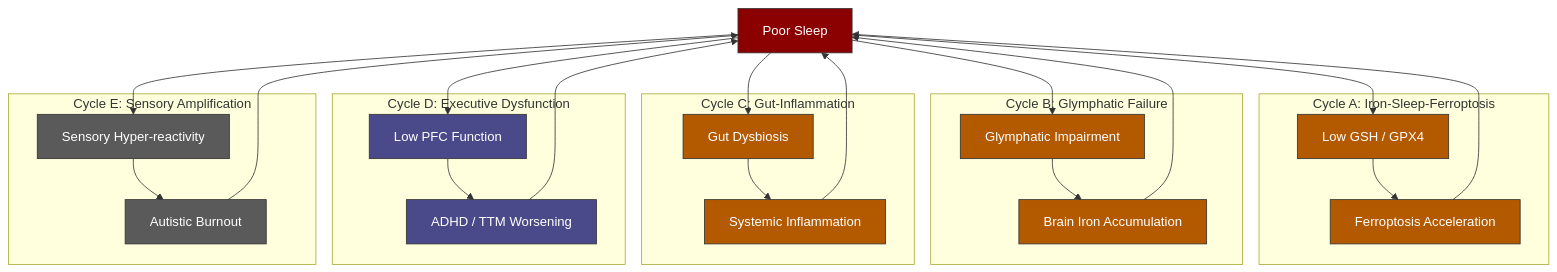
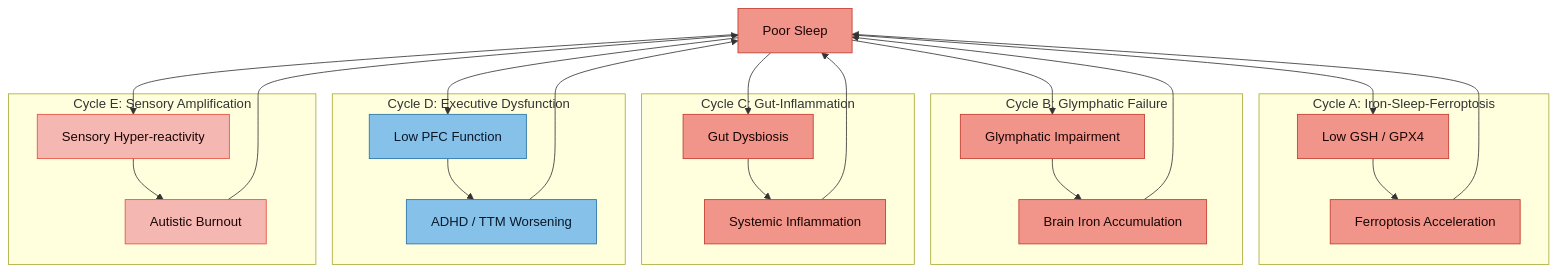
The diagram in research/Poor Sleep and AuDHD-HFE Interactions.md (Aegis-commits/ag-hfe-adhd-asd-research), drawn with Mermaid before and after one commit. The commit also changed 39 other files, not shown here.

First line of the commit message:
docs(vault): standardise diagram colours for light-mode readability, add MOC quick nav

````diff
--- a/research/Poor Sleep and AuDHD-HFE Interactions.md
+++ b/research/Poor Sleep and AuDHD-HFE Interactions.md
@@ -33,55 +33,55 @@
 ```mermaid
 flowchart TD
     SLEEP["Poor Sleep"]
 
     subgraph Cycle_A["Cycle A: Iron-Sleep-Ferroptosis"]
         FERR["Ferroptosis Acceleration"]
         GSH["Low GSH / GPX4"]
     end
 
     subgraph Cycle_B["Cycle B: Glymphatic Failure"]
         GLYMP["Glymphatic Impairment"]
         BRAIN_FE["Brain Iron Accumulation"]
     end
 
     subgraph Cycle_C["Cycle C: Gut-Inflammation"]
         GUT["Gut Dysbiosis"]
         INFLAM["Systemic Inflammation"]
     end
 
     subgraph Cycle_D["Cycle D: Executive Dysfunction"]
         EXEC["Low PFC Function"]
         ADHD_TTM["ADHD / TTM Worsening"]
     end
 
     subgraph Cycle_E["Cycle E: Sensory Amplification"]
         SENSORY["Sensory Hyper-reactivity"]
         BURNOUT["Autistic Burnout"]
     end
 
     SLEEP --> GSH --> FERR
     FERR --> SLEEP
 
     SLEEP --> GLYMP --> BRAIN_FE
     BRAIN_FE --> SLEEP
 
     SLEEP --> GUT --> INFLAM
     INFLAM --> SLEEP
 
     SLEEP --> EXEC --> ADHD_TTM
     ADHD_TTM --> SLEEP
 
     SLEEP --> SENSORY --> BURNOUT
     BURNOUT --> SLEEP
 
-    classDef hub fill:#8b0000,stroke:#333,color:#fff
-    classDef pathological fill:#b35900,stroke:#333,color:#fff
-    classDef neuro fill:#4a4a8a,stroke:#333,color:#fff
-    classDef sensory fill:#5a5a5a,stroke:#333,color:#fff
+    classDef hub fill:#f1948a,stroke:#c0392b,color:#1a0505
+    classDef pathological fill:#f1948a,stroke:#c0392b,color:#1a0505
+    classDef neuro fill:#85c1e9,stroke:#2471a3,color:#0a1929
+    classDef sensory fill:#f5b7b1,stroke:#e74c3c,color:#1a0505
 
     class SLEEP hub
     class FERR,GSH,BRAIN_FE,GLYMP pathological
     class GUT,INFLAM pathological
     class EXEC,ADHD_TTM neuro
     class SENSORY,BURNOUT sensory
 ```
````
